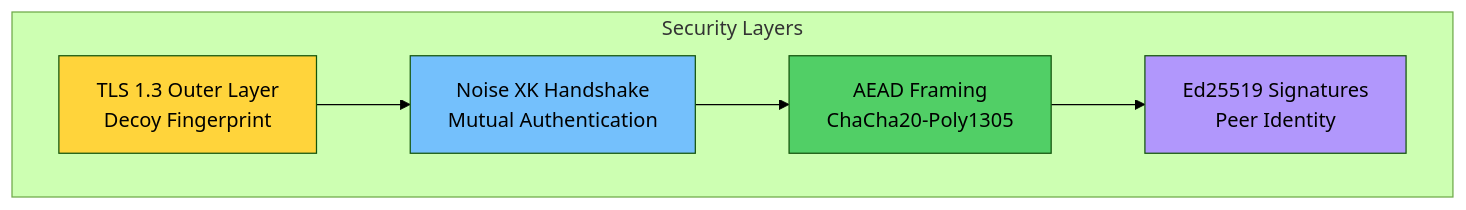
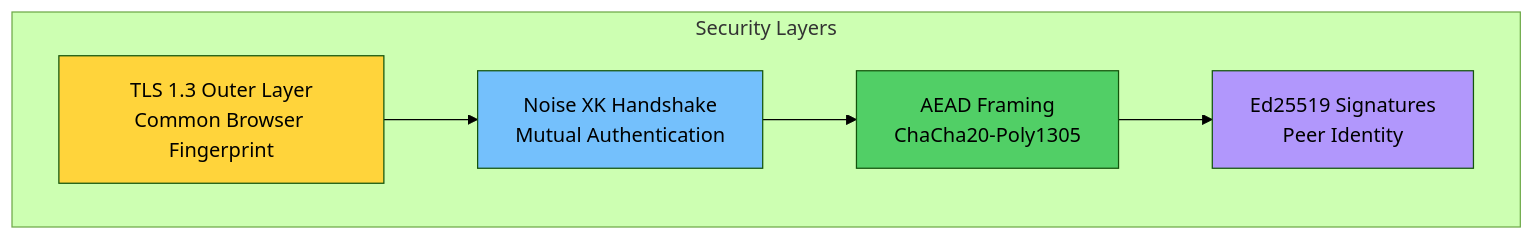
The eighth of 13 diagrams in README.md (QW1CKS/qnet), drawn with Mermaid (forest theme) before and after one commit. The commit also changed other lines of this file and 29 other files, not shown here.

````diff
--- a/README.md
+++ b/README.md
@@ -482,18 +482,18 @@
 ```mermaid
 graph TB
     subgraph "Security Layers"
-        L1[TLS 1.3 Outer Layer<br/>Decoy Fingerprint]
+        L1[TLS 1.3 Outer Layer<br/>Common Browser Fingerprint]
         L2[Noise XK Handshake<br/>Mutual Authentication]
         L3[AEAD Framing<br/>ChaCha20-Poly1305]
         L4[Ed25519 Signatures<br/>Peer Identity]
     end
     
     L1 --> L2
     L2 --> L3
     L3 --> L4
     
     style L1 fill:#ffd43b
     style L2 fill:#74c0fc
     style L3 fill:#51cf66
     style L4 fill:#b197fc
 ```
````
